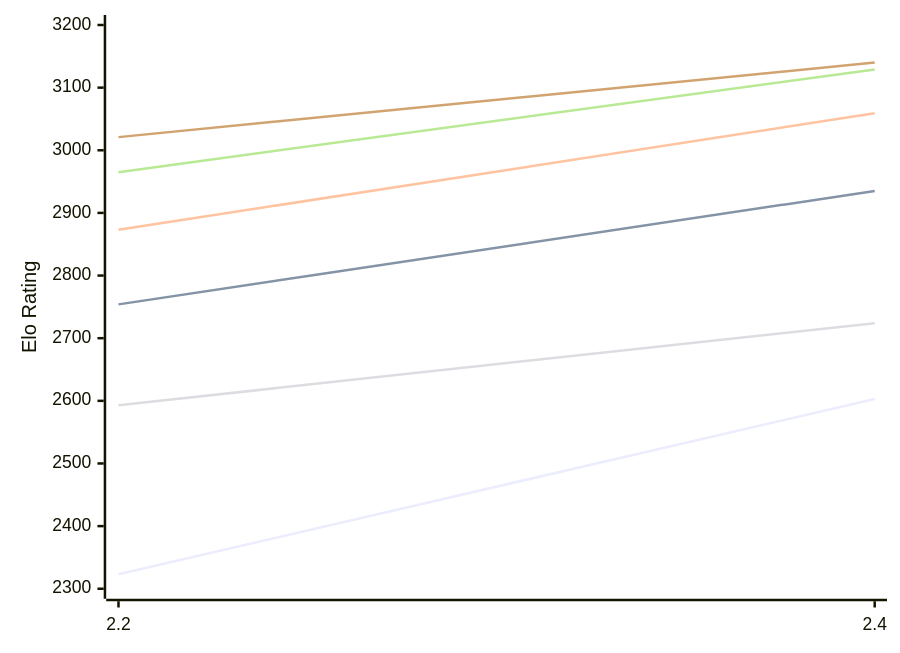
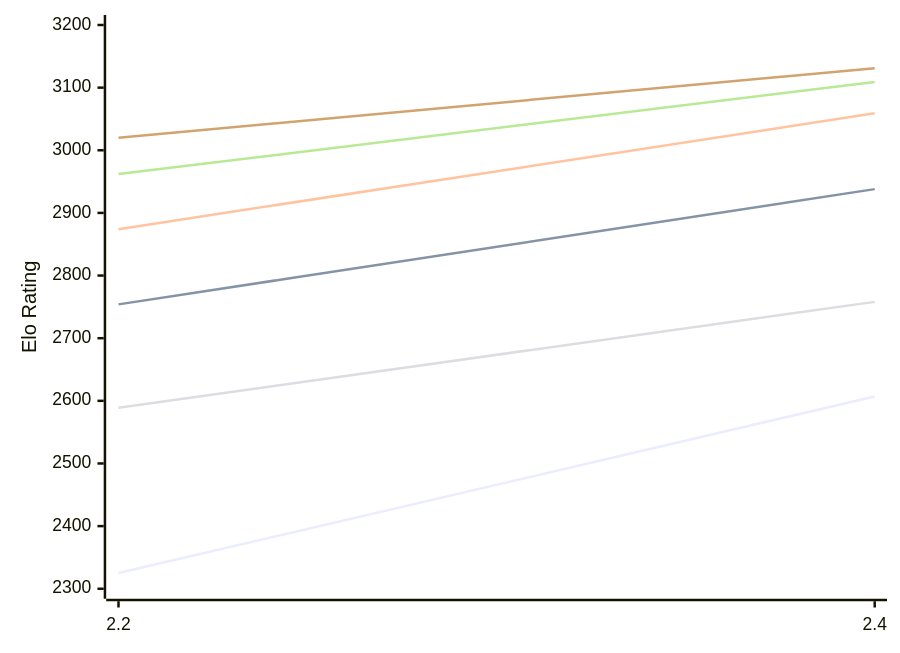
One commit to computer-chess-index/cci changed the first of 2 diagrams in engines/Sloth.md. Above: the diagram before and after it, drawn with Mermaid. The commit also changed other lines of this file, not shown here.

Commit message:
Update CCI Ratings (ELO VLTC) - 2026-10-15

````diff
--- a/engines/Sloth.md
+++ b/engines/Sloth.md
@@ -50,12 +50,12 @@
 ```mermaid
 %%{init: {"theme":"base","themeVariables":{"seriesColors:['#a3a3a3','#222221','#faa371']}}}%%
 xychart-beta
   x-axis ["2.2", "2.4"]
   y-axis "Elo Rating" 2300 --> 3200
-  line "E1: STC (8.0+0.08s)" [2323, 2603]
-  line "E1: LTC (60.0+0.60s)" [2754, 2935]
-  line "E1: VLTC (2m24s+1.12s)" [2873, 3059]
-  line "P1: STC (8.0+0.08s)" [2593, 2724]
-  line "P1: LTC (60.0+0.60s)" [2965, 3129]
-  line "P1: VLTC (2m24s+1.12s)" [3021, 3140]
+  line "E1: STC (8.0+0.08s)" [2325, 2607]
+  line "E1: LTC (60.0+0.60s)" [2754, 2938]
+  line "E1: VLTC (2m24s+1.12s)" [2874, 3059]
+  line "P1: STC (8.0+0.08s)" [2589, 2758]
+  line "P1: LTC (60.0+0.60s)" [2962, 3109]
+  line "P1: VLTC (2m24s+1.12s)" [3020, 3131]
 ```
````
